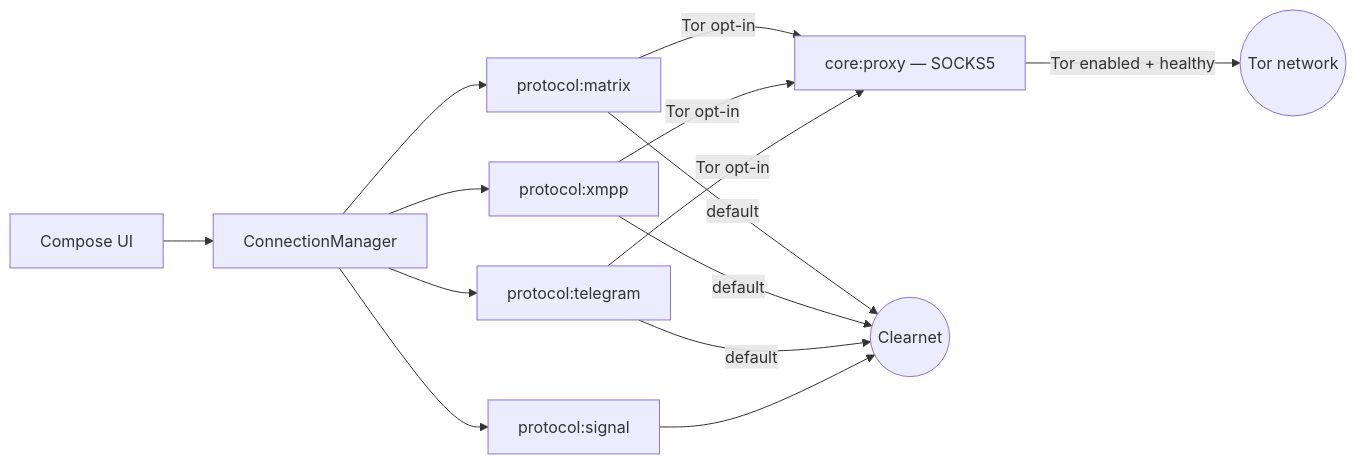
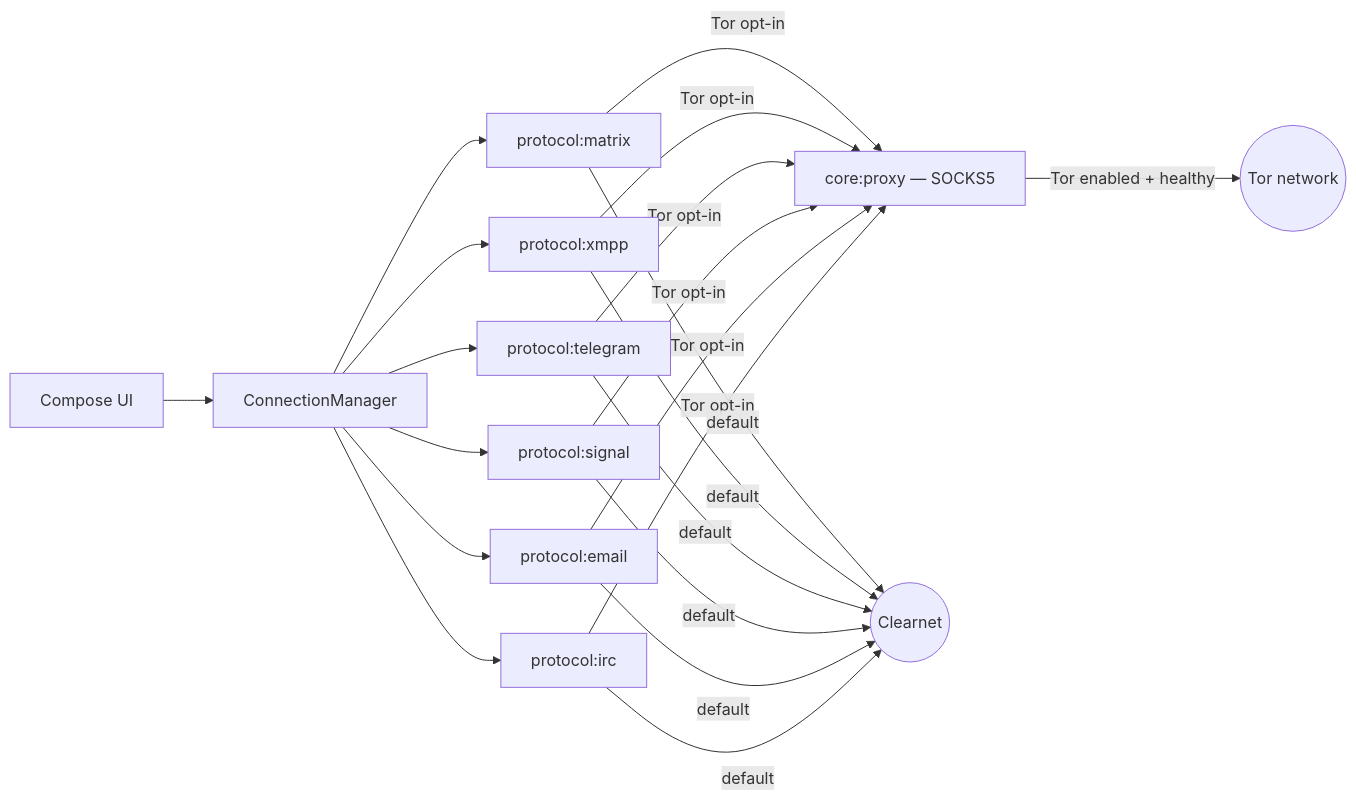
Before and after one commit to LTechnologies0/SecureMessenger: the diagram in README.md, drawn with Mermaid. The commit also changed other lines of this file and 2 other files, not shown here.

First line of the commit message:
docs: cover Email/IRC in architecture and add docs/irc.md

````diff
--- a/README.md
+++ b/README.md
@@ -60,12 +62,13 @@
 ```mermaid
 flowchart LR
     UI[Compose UI] --> CM[ConnectionManager]
     CM --> Matrix[protocol:matrix]
     CM --> XMPP[protocol:xmpp]
     CM --> TG[protocol:telegram]
     CM --> Signal[protocol:signal]
-    Matrix & XMPP & TG -->|Tor opt-in| Proxy[core:proxy — SOCKS5]
-    Matrix & XMPP & TG -->|default| Clearnet((Clearnet))
-    Signal --> Clearnet
+    CM --> Email[protocol:email]
+    CM --> IRC[protocol:irc]
+    Matrix & XMPP & TG & Signal & Email & IRC -->|Tor opt-in| Proxy[core:proxy — SOCKS5]
+    Matrix & XMPP & TG & Signal & Email & IRC -->|default| Clearnet((Clearnet))
     Proxy -->|Tor enabled + healthy| Tor((Tor network))
 ```
````
